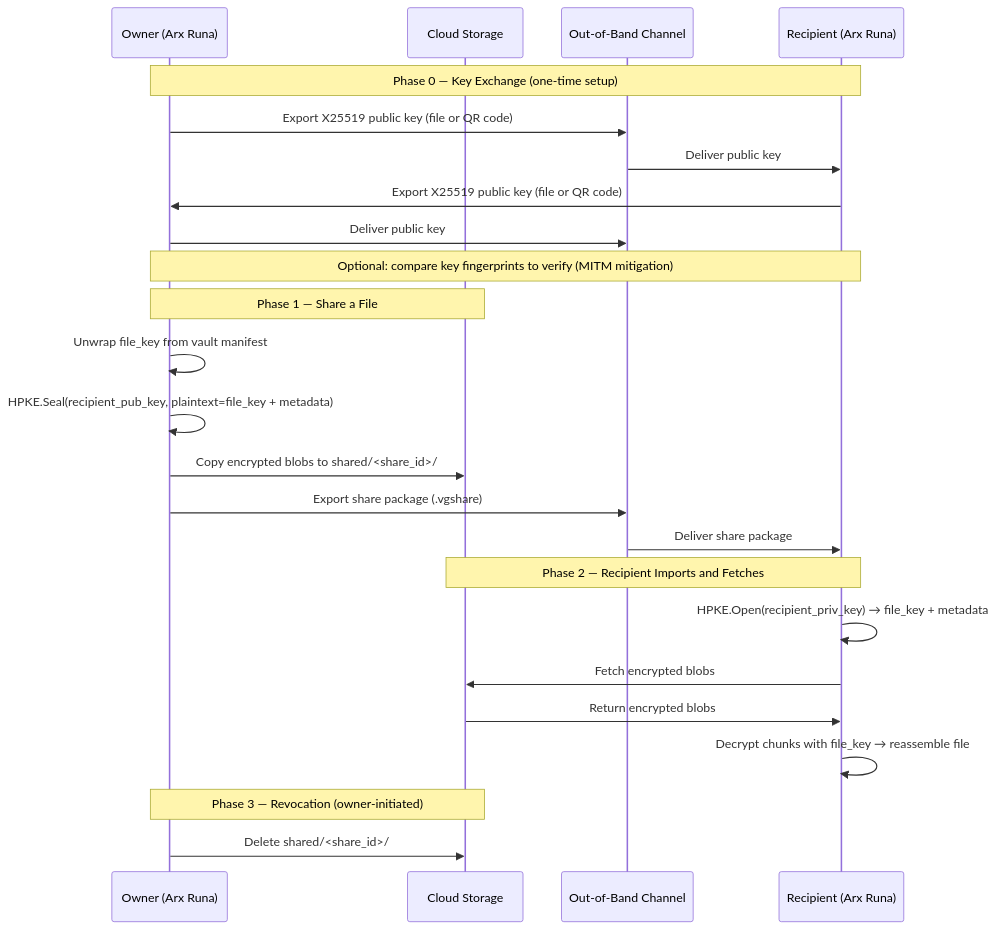
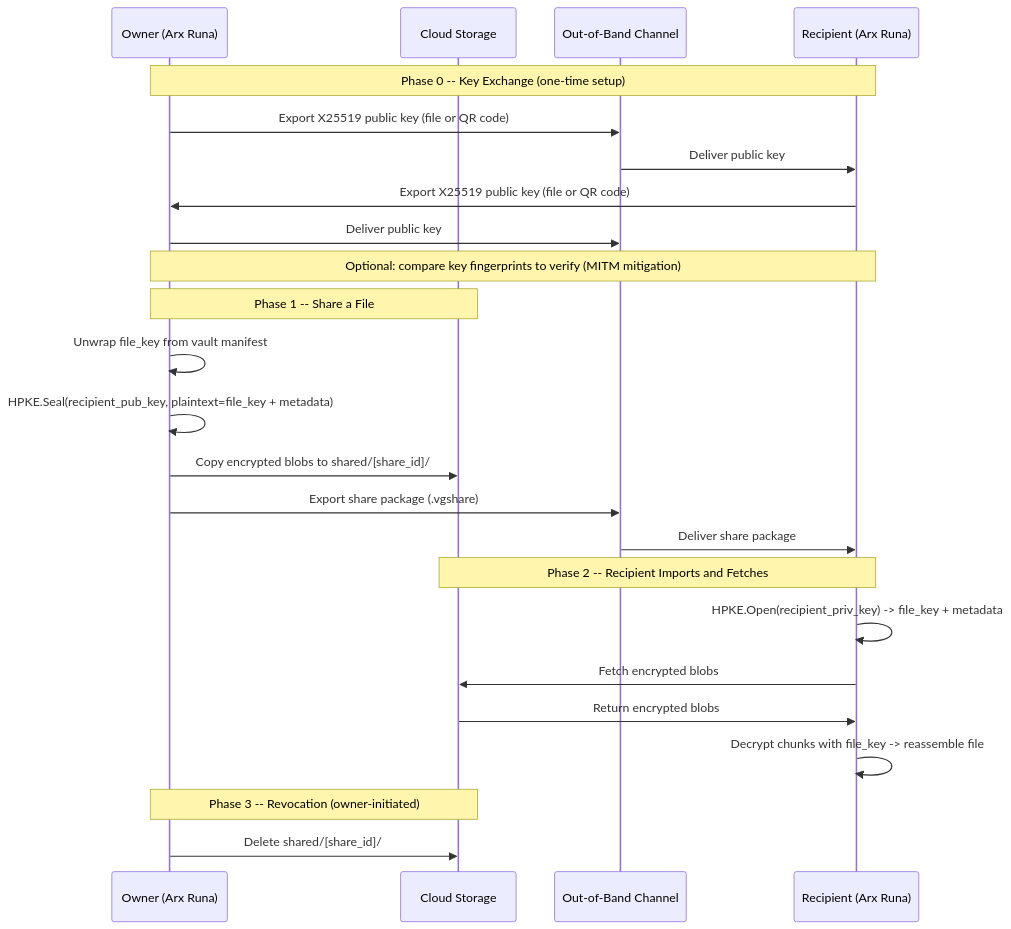
One commit to salgaard/arx-runa changed the diagram in docs/how-it-works/file-sharing.md. Above: the diagram before and after it, drawn with Mermaid. The commit also changed 22 other files, not shown here.

Commit message:
new github actions for secret scan and improve diagrams

````diff
--- a/docs/how-it-works/file-sharing.md
+++ b/docs/how-it-works/file-sharing.md
@@ -30,30 +30,30 @@
 ```mermaid
 sequenceDiagram
     participant Owner as Owner (Arx Runa)
     participant Cloud as Cloud Storage
     participant Channel as Out-of-Band Channel
     participant Recipient as Recipient (Arx Runa)
 
-    note over Owner,Recipient: Phase 0 — Key Exchange (one-time setup)
+    note over Owner,Recipient: Phase 0 #45;#45; Key Exchange (one-time setup)
     Owner->>Channel: Export X25519 public key (file or QR code)
     Channel->>Recipient: Deliver public key
     Recipient->>Owner: Export X25519 public key (file or QR code)
     Owner->>Channel: Deliver public key
-    note over Owner,Recipient: Optional: compare key fingerprints to verify (MITM mitigation)
+    note over Owner,Recipient: Optional#58; compare key fingerprints to verify (MITM mitigation)
 
-    note over Owner,Cloud: Phase 1 — Share a File
+    note over Owner,Cloud: Phase 1 #45;#45; Share a File
     Owner->>Owner: Unwrap file_key from vault manifest
     Owner->>Owner: HPKE.Seal(recipient_pub_key, plaintext=file_key + metadata)
-    Owner->>Cloud: Copy encrypted blobs to shared/<share_id>/
+    Owner->>Cloud: Copy encrypted blobs to shared/[share_id]/
     Owner->>Channel: Export share package (.vgshare)
     Channel->>Recipient: Deliver share package
 
-    note over Recipient,Cloud: Phase 2 — Recipient Imports and Fetches
-    Recipient->>Recipient: HPKE.Open(recipient_priv_key) → file_key + metadata
+    note over Recipient,Cloud: Phase 2 #45;#45; Recipient Imports and Fetches
+    Recipient->>Recipient: HPKE.Open(recipient_priv_key) #45;#62; file_key + metadata
     Recipient->>Cloud: Fetch encrypted blobs
     Cloud->>Recipient: Return encrypted blobs
-    Recipient->>Recipient: Decrypt chunks with file_key → reassemble file
+    Recipient->>Recipient: Decrypt chunks with file_key #45;#62; reassemble file
 
-    note over Owner,Cloud: Phase 3 — Revocation (owner-initiated)
-    Owner->>Cloud: Delete shared/<share_id>/
+    note over Owner,Cloud: Phase 3 #45;#45; Revocation (owner-initiated)
+    Owner->>Cloud: Delete shared/[share_id]/
 ```
````
